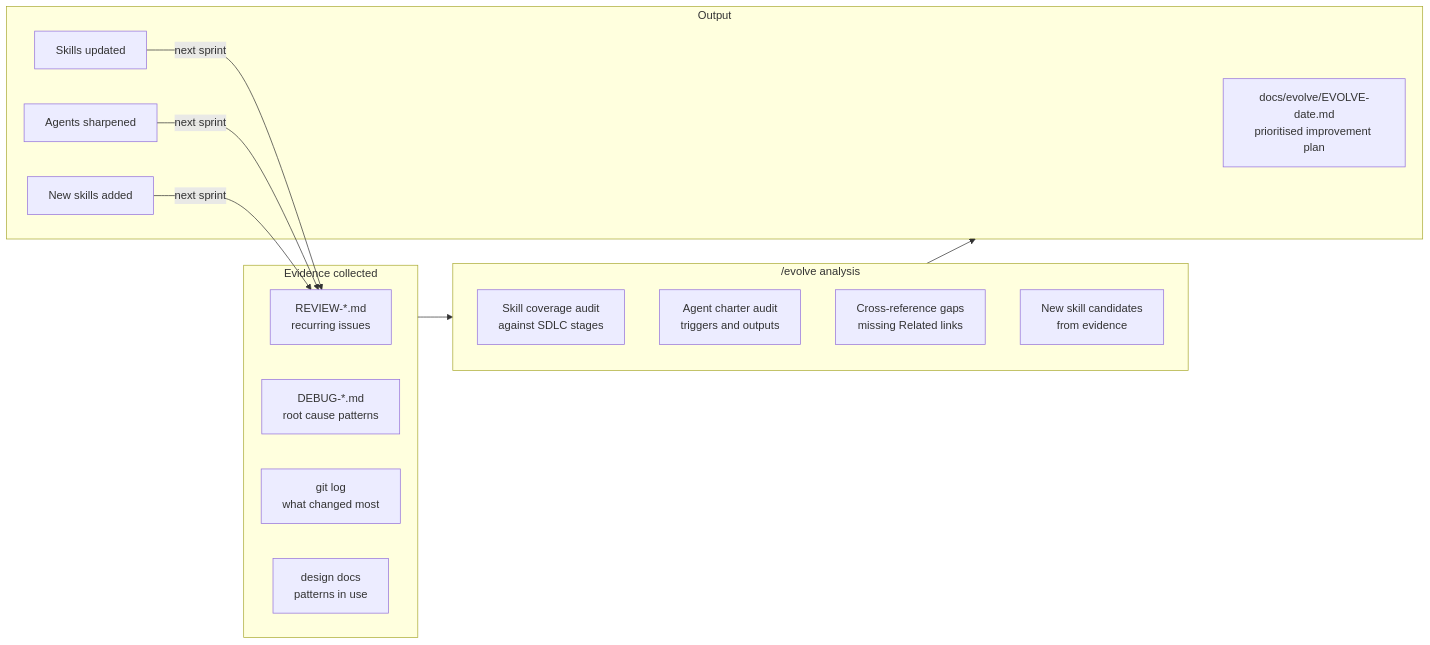
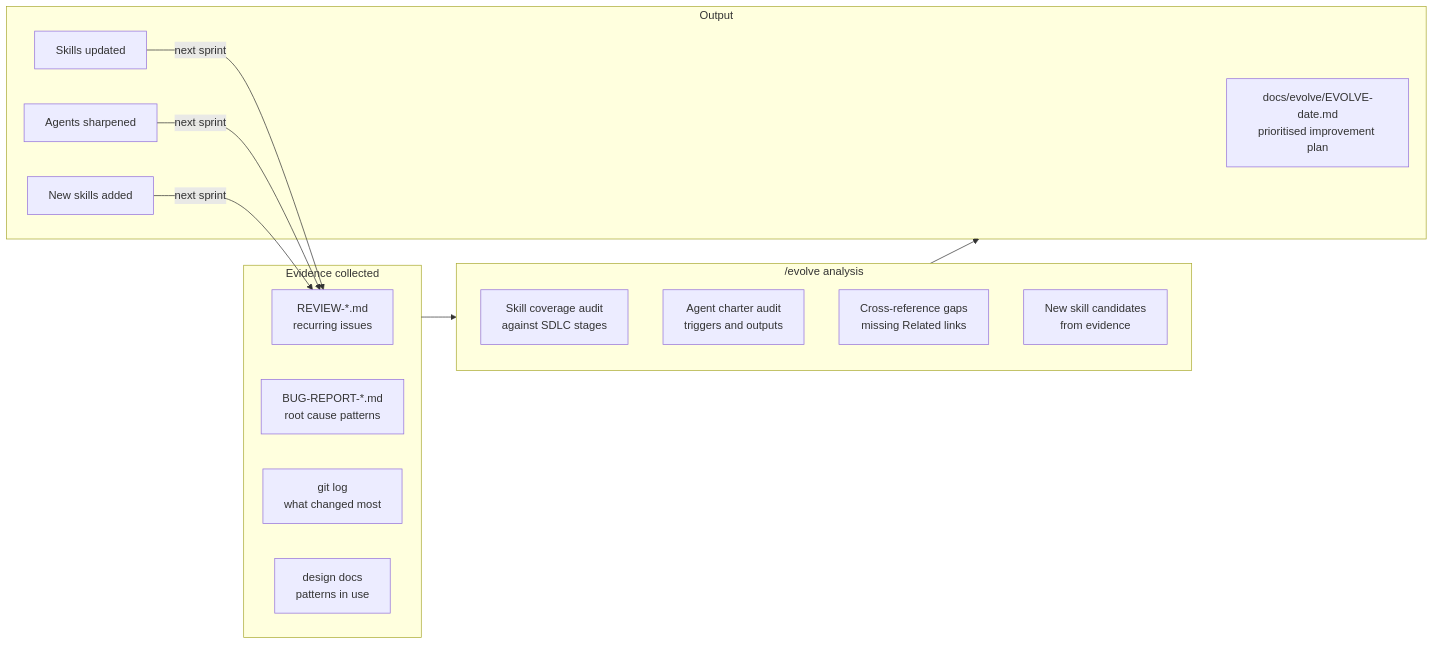
Before and after one commit to manikumarkv/devrunway-claude-plugin: the second of 12 diagrams in README.md, drawn with Mermaid. The commit also changed other lines of this file, not shown here.

````diff
--- a/README.md
+++ b/README.md
@@ -60,27 +64,27 @@
 ```mermaid
 flowchart LR
     subgraph Evidence["Evidence collected"]
         E1["REVIEW-*.md\nrecurring issues"]
-        E2["DEBUG-*.md\nroot cause patterns"]
+        E2["BUG-REPORT-*.md\nroot cause patterns"]
         E3["git log\nwhat changed most"]
         E4["design docs\npatterns in use"]
     end
 
     subgraph Analysis["/evolve analysis"]
         A1[Skill coverage audit\nagainst SDLC stages]
         A2[Agent charter audit\ntriggers and outputs]
         A3[Cross-reference gaps\nmissing Related links]
         A4[New skill candidates\nfrom evidence]
     end
 
     subgraph Output["Output"]
         O1["docs/evolve/EVOLVE-date.md\nprioritised improvement plan"]
         O2[Skills updated]
         O3[Agents sharpened]
         O4[New skills added]
     end
 
     Evidence --> Analysis
     Analysis --> Output
     O2 & O3 & O4 -->|next sprint| E1
 ```
````
